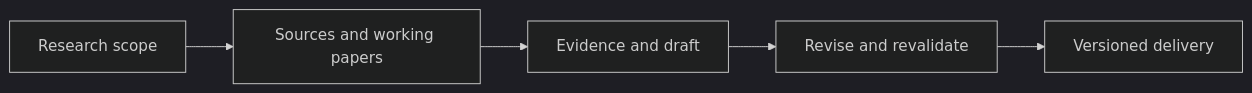
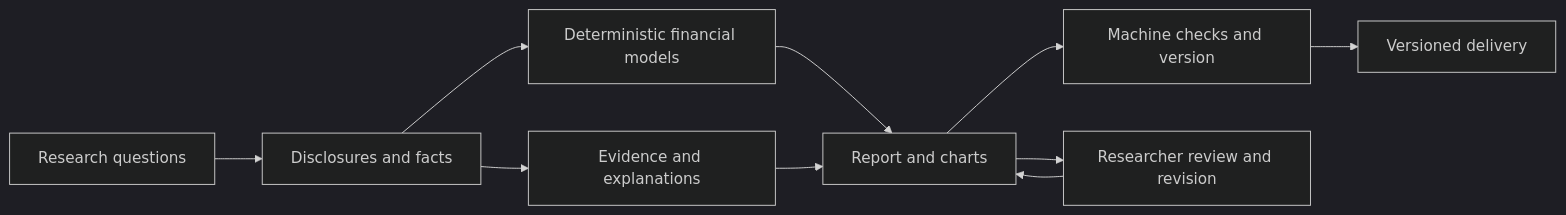
The diagram in README.en.md (momang85/weavemind), drawn with Mermaid (dark theme) before and after one commit. The commit also changed other lines of this file and 109 other files, not shown here.

````diff
--- a/README.en.md
+++ b/README.en.md
@@ -86,7 +78,12 @@
 ```mermaid
 flowchart LR
-    A[Research scope] --> B[Sources and working papers]
-    B --> C[Evidence and draft]
-    C --> D[Revise and revalidate]
-    D --> E[Versioned delivery]
+    Q[Research questions] --> S[Disclosures and facts]
+    S --> M[Deterministic financial models]
+    S --> E[Evidence and explanations]
+    M --> R[Report and charts]
+    E --> R
+    R --> C[Machine checks and version]
+    C --> D[Versioned delivery]
+    R --> H[Researcher review and revision]
+    H --> R
 ```
````
